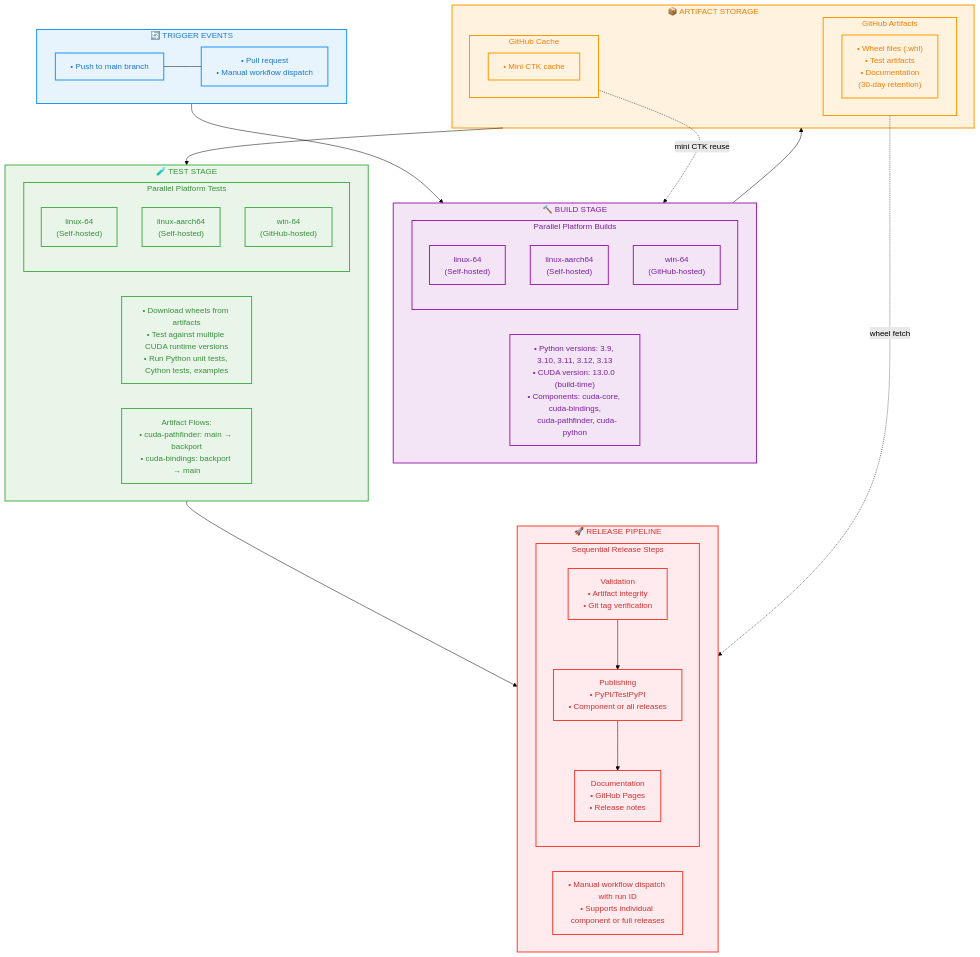
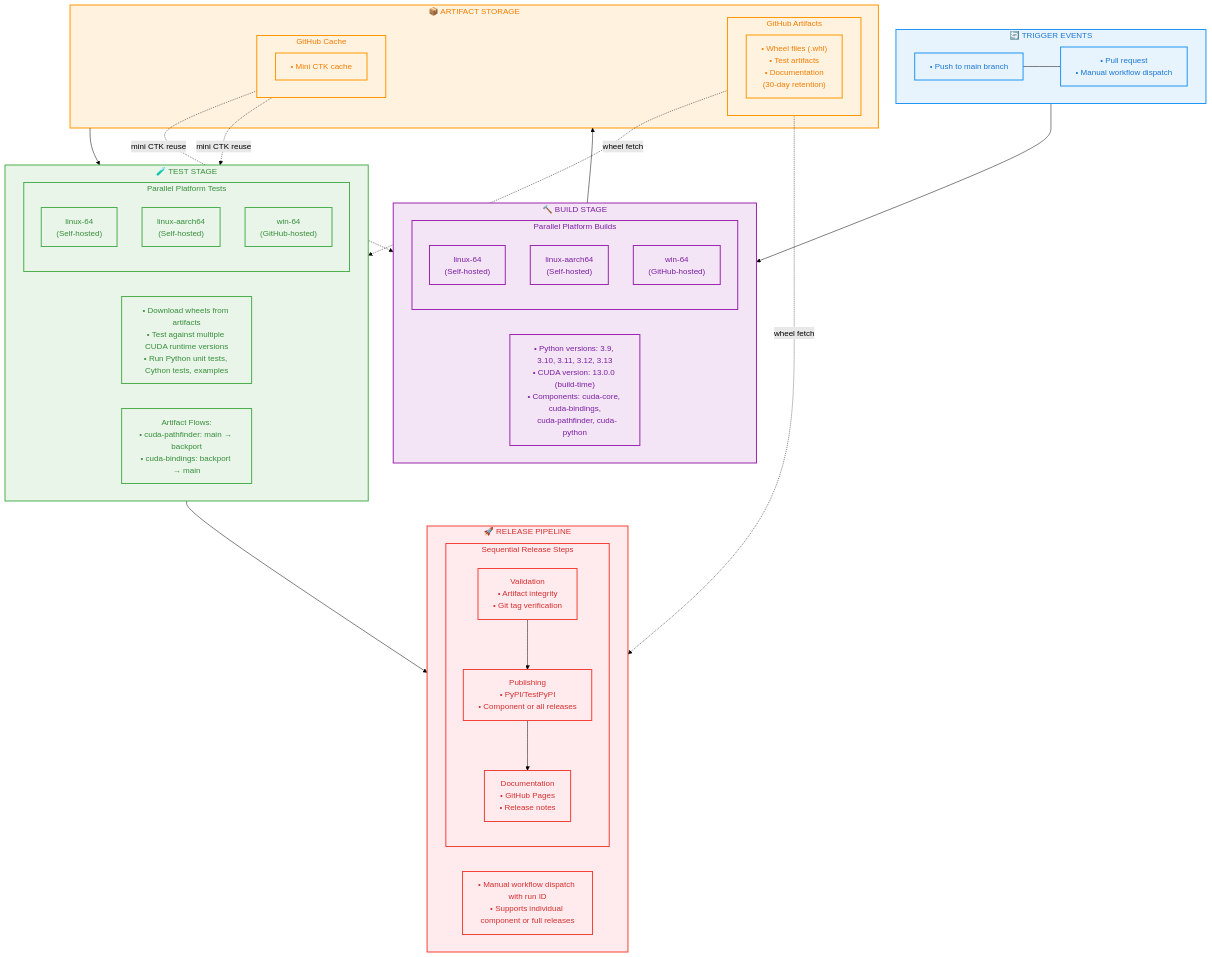
Before and after one commit to NVIDIA/cuda-python: the diagram in CONTRIBUTING.md, drawn with Mermaid (forest theme). The commit also changed 2 other files, not shown here.

Commit message:
Add artifact flow arrows to TEST STAGE and remove empty line from SVG

````diff
--- a/CONTRIBUTING.md
+++ b/CONTRIBUTING.md
@@ -100,76 +100,78 @@
 ```mermaid
 flowchart TD
     %% Trigger Events
     subgraph TRIGGER["🔄 TRIGGER EVENTS"]
         T1["• Push to main branch"]
         T2["• Pull request<br/>• Manual workflow dispatch"]
         T1 --- T2
     end
 
-    %% Build Stage
+    %% Build Stage  
     subgraph BUILD["🔨 BUILD STAGE"]
         subgraph BUILD_PLATFORMS["Parallel Platform Builds"]
             B1["linux-64<br/>(Self-hosted)"]
             B2["linux-aarch64<br/>(Self-hosted)"]
             B3["win-64<br/>(GitHub-hosted)"]
         end
         BUILD_DETAILS["• Python versions: 3.9, 3.10, 3.11, 3.12, 3.13<br/>• CUDA version: 13.0.0 (build-time)<br/>• Components: cuda-core, cuda-bindings,<br/>  cuda-pathfinder, cuda-python"]
     end
 
     %% Artifact Storage
     subgraph ARTIFACTS["📦 ARTIFACT STORAGE"]
         subgraph GITHUB_ARTIFACTS["GitHub Artifacts"]
             GA1["• Wheel files (.whl)<br/>• Test artifacts<br/>• Documentation<br/>(30-day retention)"]
         end
         subgraph GITHUB_CACHE["GitHub Cache"]
             GC1["• Mini CTK cache"]
         end
     end
 
     %% Test Stage
     subgraph TEST["🧪 TEST STAGE"]
         subgraph TEST_PLATFORMS["Parallel Platform Tests"]
             TS1["linux-64<br/>(Self-hosted)"]
             TS2["linux-aarch64<br/>(Self-hosted)"]
             TS3["win-64<br/>(GitHub-hosted)"]
         end
         TEST_DETAILS["• Download wheels from artifacts<br/>• Test against multiple CUDA runtime versions<br/>• Run Python unit tests, Cython tests, examples"]
         ARTIFACT_FLOWS["Artifact Flows:<br/>• cuda-pathfinder: main → backport<br/>• cuda-bindings: backport → main"]
     end
 
     %% Release Pipeline
     subgraph RELEASE["🚀 RELEASE PIPELINE"]
         subgraph RELEASE_STAGES["Sequential Release Steps"]
             R1["Validation<br/>• Artifact integrity<br/>• Git tag verification"]
             R2["Publishing<br/>• PyPI/TestPyPI<br/>• Component or all releases"]
             R3["Documentation<br/>• GitHub Pages<br/>• Release notes"]
             R1 --> R2 --> R3
         end
         RELEASE_DETAILS["• Manual workflow dispatch with run ID<br/>• Supports individual component or full releases"]
     end
 
     %% Main Flow
     TRIGGER --> BUILD
     BUILD --> ARTIFACTS
     ARTIFACTS --> TEST
     TEST --> RELEASE
 
     %% Artifact Flow Arrows (Cache Reuse)
     GITHUB_CACHE -.->|"mini CTK reuse"| BUILD
+    GITHUB_CACHE -.->|"mini CTK reuse"| TEST
 
     %% Artifact Flow Arrows (Wheel Fetch)
+    GITHUB_ARTIFACTS -.->|"wheel fetch"| TEST
     GITHUB_ARTIFACTS -.->|"wheel fetch"| RELEASE
 
     %% Styling
     classDef triggerStyle fill:#e8f4fd,stroke:#2196F3,stroke-width:2px,color:#1976D2
     classDef buildStyle fill:#f3e5f5,stroke:#9C27B0,stroke-width:2px,color:#7B1FA2
     classDef artifactStyle fill:#fff3e0,stroke:#FF9800,stroke-width:2px,color:#F57C00
     classDef testStyle fill:#e8f5e8,stroke:#4CAF50,stroke-width:2px,color:#388E3C
     classDef releaseStyle fill:#ffebee,stroke:#f44336,stroke-width:2px,color:#D32F2F
 
     class TRIGGER,T1,T2 triggerStyle
     class BUILD,BUILD_PLATFORMS,B1,B2,B3,BUILD_DETAILS buildStyle
     class ARTIFACTS,GITHUB_ARTIFACTS,GITHUB_CACHE,GA1,GC1 artifactStyle
     class TEST,TEST_PLATFORMS,TS1,TS2,TS3,TEST_DETAILS,ARTIFACT_FLOWS testStyle
     class RELEASE,RELEASE_STAGES,R1,R2,R3,RELEASE_DETAILS releaseStyle
 ```
````
